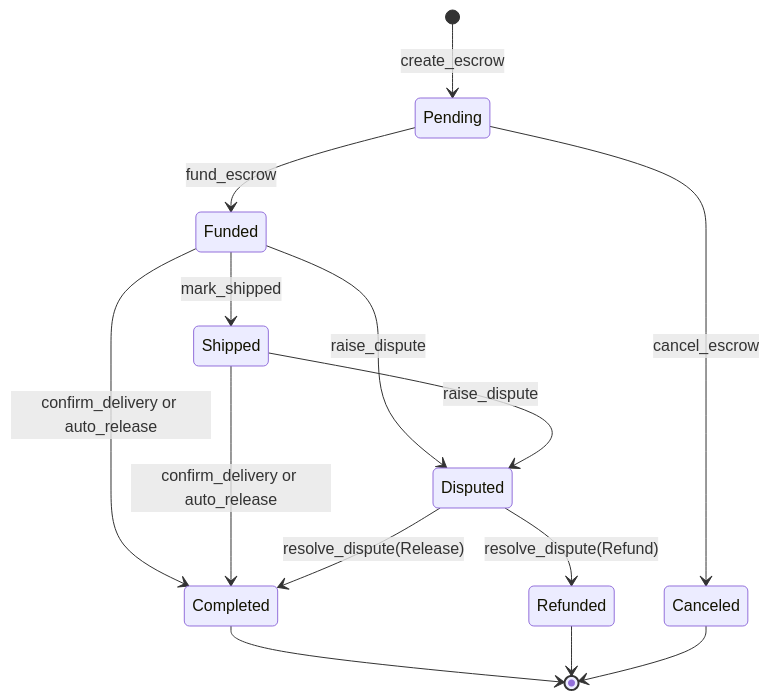
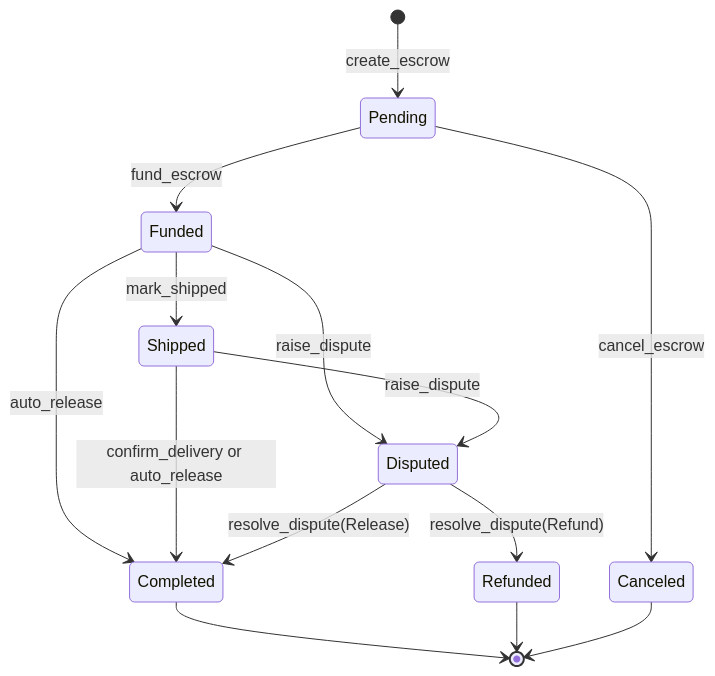
Before and after one commit to JSE-ORG/trust-link-contract: the diagram in docs/state-machine.md, drawn with Mermaid. The commit also changed other lines of this file and 3 other files, not shown here.

````diff
--- a/docs/state-machine.md
+++ b/docs/state-machine.md
@@ -20,21 +20,21 @@
 ```mermaid
 stateDiagram-v2
     [*] --> Pending: create_escrow
 
     Pending --> Funded: fund_escrow
     Pending --> Canceled: cancel_escrow
 
     Funded --> Shipped: mark_shipped
     Funded --> Disputed: raise_dispute
-    Funded --> Completed: confirm_delivery or auto_release
+    Funded --> Completed: auto_release
 
     Shipped --> Disputed: raise_dispute
     Shipped --> Completed: confirm_delivery or auto_release
 
     Disputed --> Completed: resolve_dispute(Release)
     Disputed --> Refunded: resolve_dispute(Refund)
 
     Completed --> [*]
     Refunded --> [*]
     Canceled --> [*]
 ```
````
